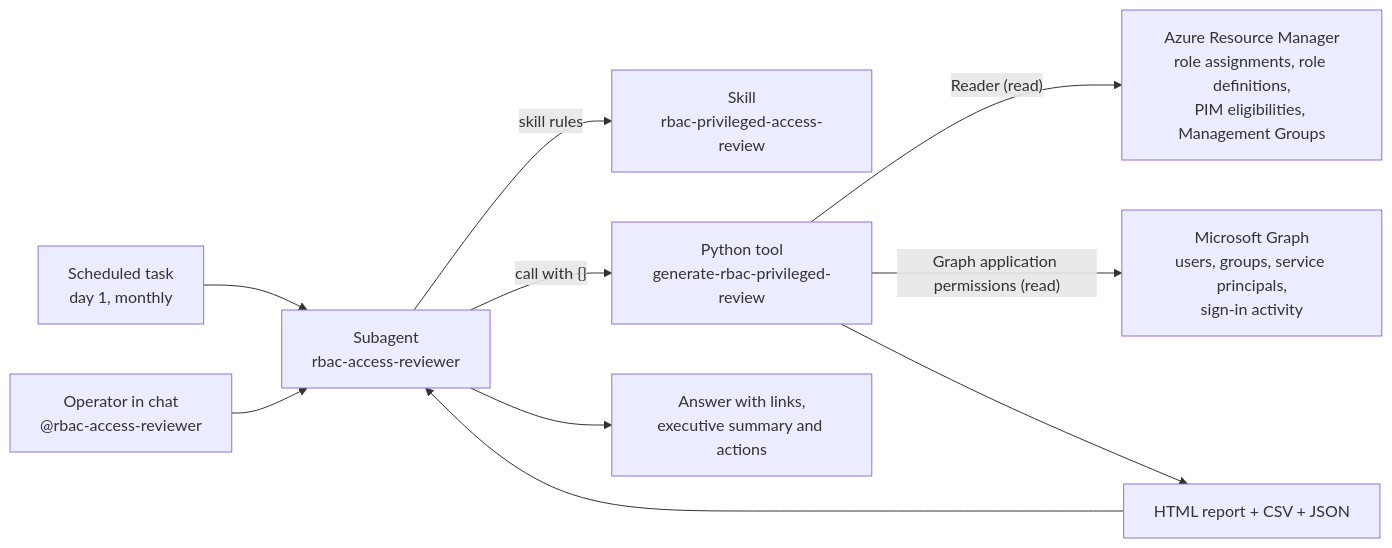
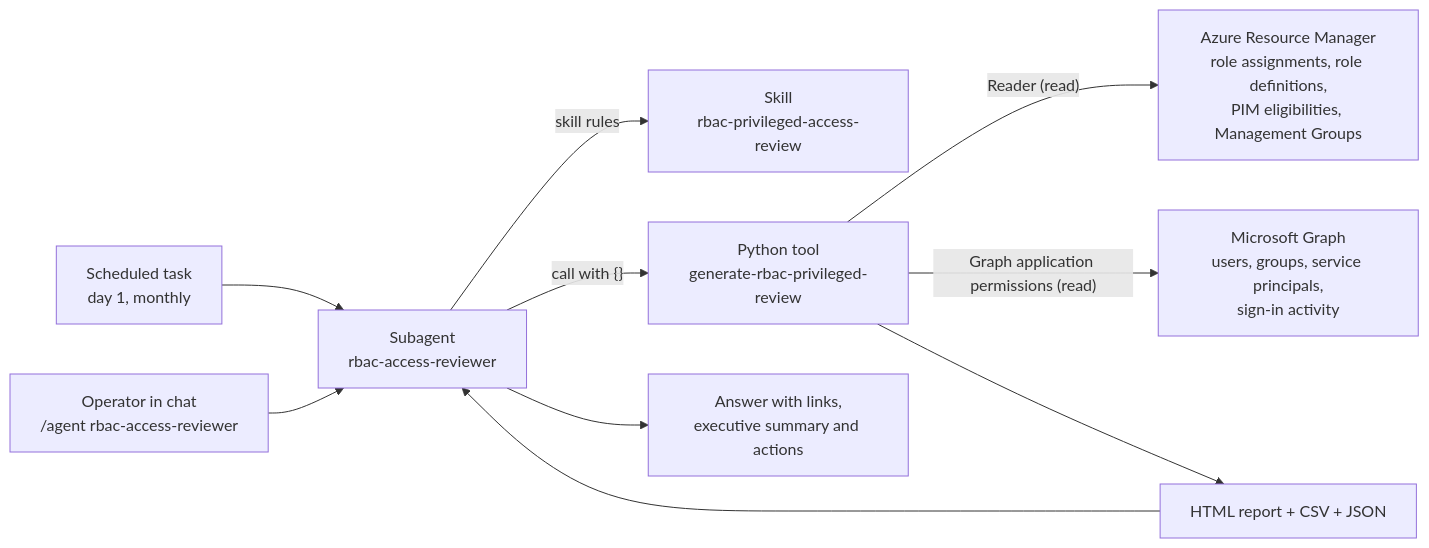
One commit to marioaguileraaa/sre-agent-use-cases changed the diagram in 13-rbac-privileged-access-review/README.md. Above: the diagram before and after it, drawn with Mermaid. The commit also changed other lines of this file and 350 other files, not shown here.

````diff
--- a/13-rbac-privileged-access-review/README.md
+++ b/13-rbac-privileged-access-review/README.md
@@ -92,12 +92,12 @@
 ```mermaid
 flowchart LR
     S[Scheduled task<br/>day 1, monthly] --> A
-    U[Operator in chat<br/>@rbac-access-reviewer] --> A
+    U[Operator in chat<br/>/agent rbac-access-reviewer] --> A
     A[Subagent<br/>rbac-access-reviewer] -->|skill rules| K[Skill<br/>rbac-privileged-access-review]
     A -->|"call with {}"| T[Python tool<br/>generate-rbac-privileged-review]
     T -->|"Reader (read)"| ARM[Azure Resource Manager<br/>role assignments, role definitions,<br/>PIM eligibilities, Management Groups]
     T -->|"Graph application permissions (read)"| G[Microsoft Graph<br/>users, groups, service principals,<br/>sign-in activity]
     T --> R[HTML report + CSV + JSON]
     R --> A
     A --> O[Answer with links,<br/>executive summary and actions]
 ```
````
